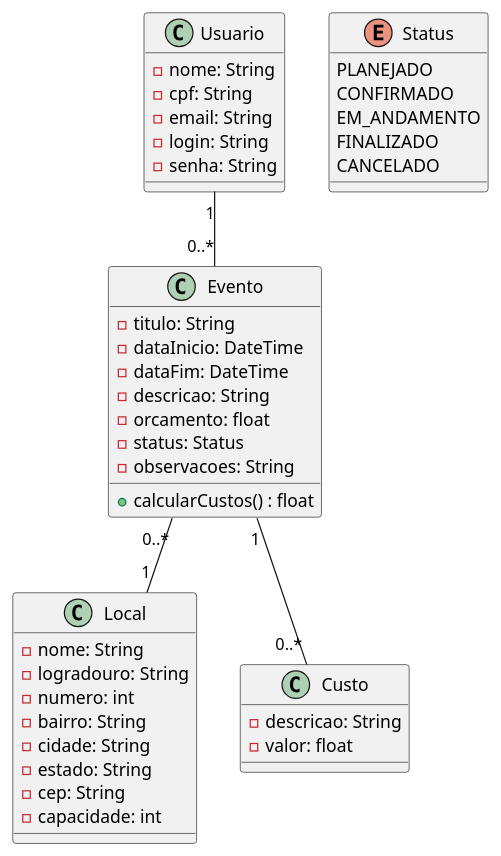
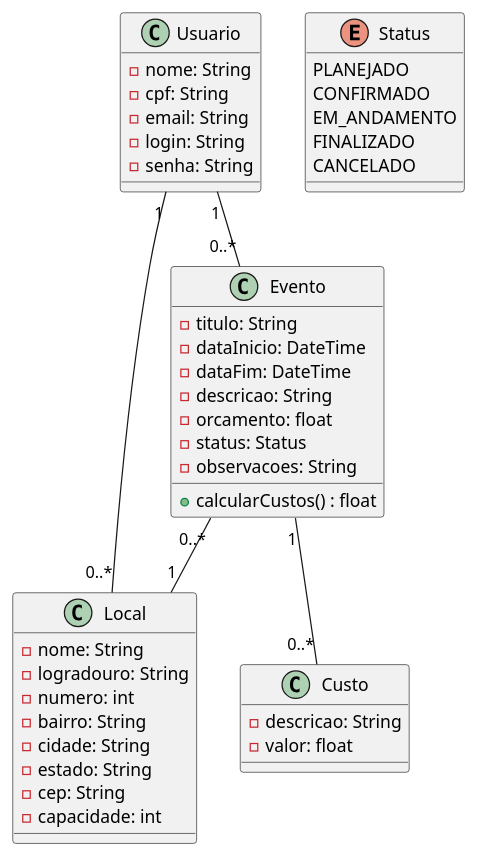
One commit to RenanCosta2/gerenciamento-eventos changed the diagram in diagrama.iuml. Above: the diagram before and after it, drawn with PlantUML.

Commit message:
docs: ligação entre local e usuário

```diff
--- a/diagrama.iuml
+++ b/diagrama.iuml
@@ -1,51 +1,52 @@
 @startuml Gerenciamento de Eventos
 
 class Usuario{
     - nome: String
     - cpf: String
     - email: String
     - login: String
     - senha: String
 }
 
 class Evento{
     - titulo: String
     - dataInicio: DateTime
     - dataFim: DateTime
     - descricao: String
     - orcamento: float
     - status: Status
     - observacoes: String
 }
 
 Evento : + calcularCustos() : float
 
 class Local{
     - nome: String
     - logradouro: String
     - numero: int
     - bairro: String
     - cidade: String
     - estado: String
     - cep: String
     - capacidade: int
 }
 
 class Custo{
     - descricao: String
     - valor: float
 }
 
 enum Status {
     PLANEJADO
     CONFIRMADO
     EM_ANDAMENTO
     FINALIZADO
     CANCELADO
 }
 
 Usuario "1" -- "0..*" Evento
+Usuario "1" -- "0..*" Local
 Evento "1" -- "0..*" Custo
 Evento "0..*" -- "1" Local
 
 @enduml
```
